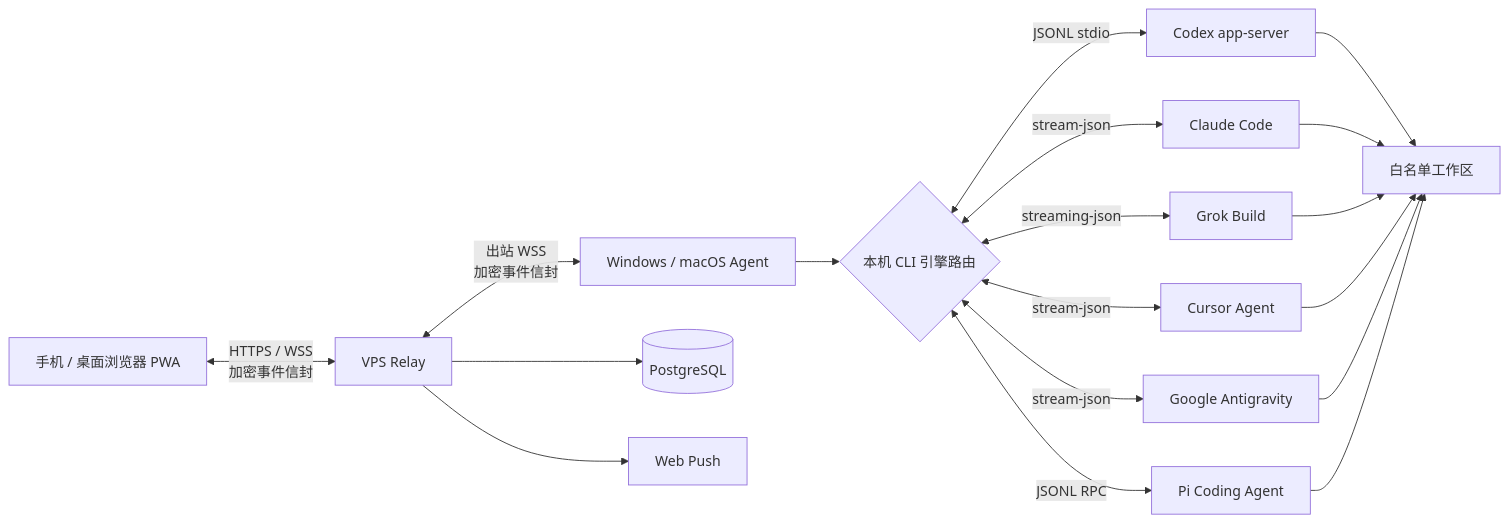
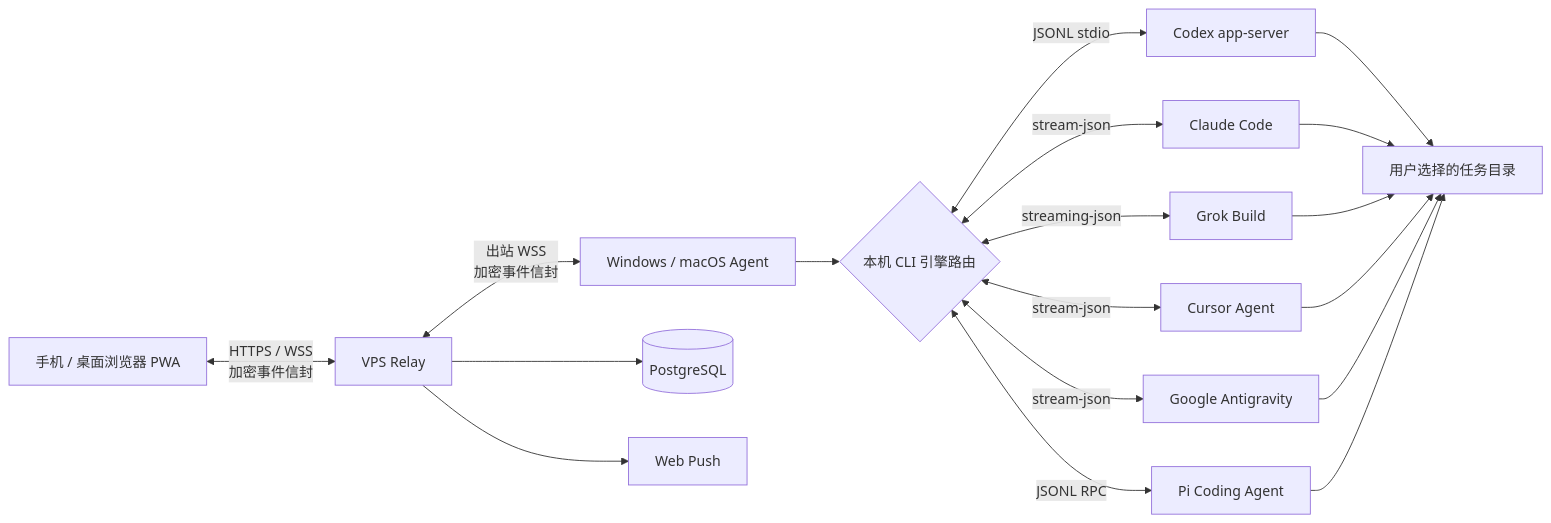
Before and after one commit to demonrain/anytimevibe: the diagram in README.md, drawn with Mermaid. The commit also changed other lines of this file and 54 other files, not shown here.

````diff
--- a/README.md
+++ b/README.md
@@ -104,20 +104,20 @@
 ```mermaid
 flowchart LR
     PWA[手机 / 桌面浏览器 PWA] <-->|HTTPS / WSS<br/>加密事件信封| Relay[VPS Relay]
     Relay <-->|出站 WSS<br/>加密事件信封| Agent[Windows / macOS Agent]
     Agent --> Router{本机 CLI 引擎路由}
     Router <-->|JSONL stdio| Codex[Codex app-server]
     Router <-->|stream-json| Claude[Claude Code]
     Router <-->|streaming-json| Grok[Grok Build]
     Router <-->|stream-json| Cursor[Cursor Agent]
     Router <-->|stream-json| Antigravity[Google Antigravity]
     Router <-->|JSONL RPC| Pi[Pi Coding Agent]
-    Codex --> Workspace[白名单工作区]
+    Codex --> Workspace[用户选择的任务目录]
     Claude --> Workspace
     Grok --> Workspace
     Cursor --> Workspace
     Antigravity --> Workspace
     Pi --> Workspace
     Relay --> DB[(PostgreSQL)]
     Relay --> Push[Web Push]
 ```
````
